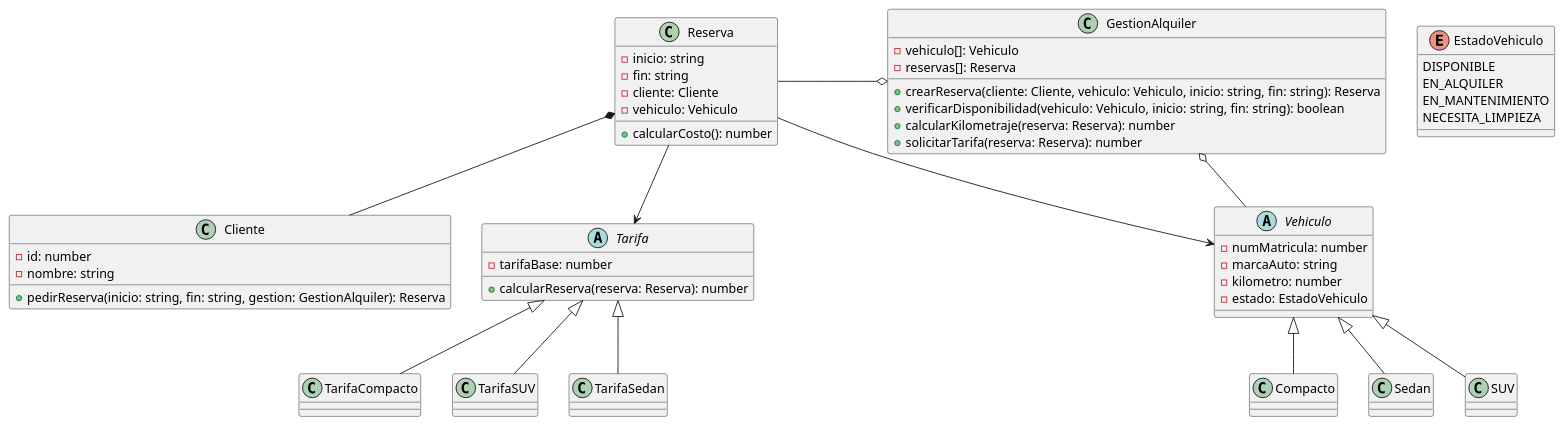
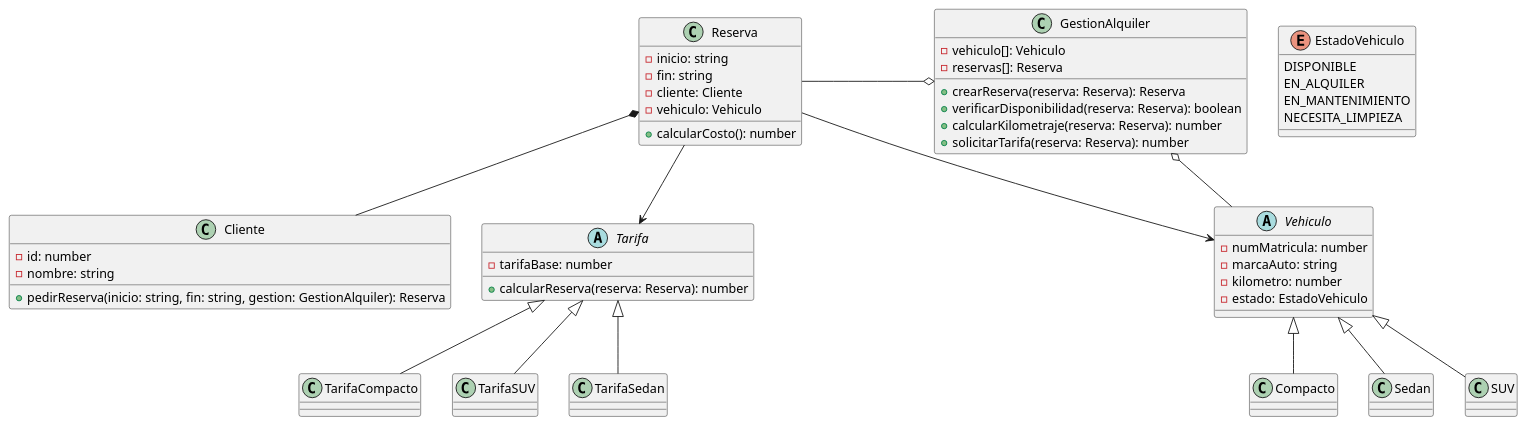
The diagram in Diagrama_de_clases.puml (Nash-Blip/Programaci-n-II), drawn with PlantUML before and after one commit.

```diff
--- a/Diagrama_de_clases.puml
+++ b/Diagrama_de_clases.puml
@@ -1,74 +1,74 @@
 @startuml practico
 
 class GestionAlquiler{
     - vehiculo[]: Vehiculo
     - reservas[]: Reserva
-    + crearReserva(cliente: Cliente, vehiculo: Vehiculo, inicio: string, fin: string): Reserva
-    + verificarDisponibilidad(vehiculo: Vehiculo, inicio: string, fin: string): boolean
+    + crearReserva(reserva: Reserva): Reserva
+    + verificarDisponibilidad(reserva: Reserva): boolean
     + calcularKilometraje(reserva: Reserva): number
     + solicitarTarifa(reserva: Reserva): number
 }
 
 enum EstadoVehiculo {
   DISPONIBLE
   EN_ALQUILER
   EN_MANTENIMIENTO
   NECESITA_LIMPIEZA
 }
 
 class Cliente{
     - id: number
     - nombre: string
     + pedirReserva(inicio: string, fin: string, gestion: GestionAlquiler): Reserva
 }
 
 class Reserva{
     - inicio: string
     - fin: string
     - cliente: Cliente
     - vehiculo: Vehiculo
     + calcularCosto(): number
 }
 
 abstract class Vehiculo{
     - numMatricula: number
     - marcaAuto: string
     - kilometro: number
     - estado: EstadoVehiculo
 }
 
 class Compacto extends Vehiculo
 class Sedan extends Vehiculo
 class SUV extends Vehiculo
 
 abstract class Tarifa{
     - tarifaBase: number
     + calcularReserva(reserva: Reserva): number
 }
 
 class TarifaCompacto extends Tarifa
 class TarifaSUV extends Tarifa
 class TarifaSedan extends Tarifa
 
 GestionAlquiler o-r- Vehiculo
 GestionAlquiler o-l- Reserva
 Reserva --> Tarifa
 Reserva --> Vehiculo
 Reserva *-- Cliente
 
 note right of TarifaCompacto::calcularReserva
 Base: $30 * días
 + exceso si >100km/día
 end note
 
 note right of TarifaSedan::calcularReserva
 Base: $50 * días
 + $0.20 por km total
 end note
 
 note right of TarifaSUV::calcularReserva
 Base: ($80 + $15 seguro) * días
 + exceso si >500 km total
 end note
 
 @enduml
```
